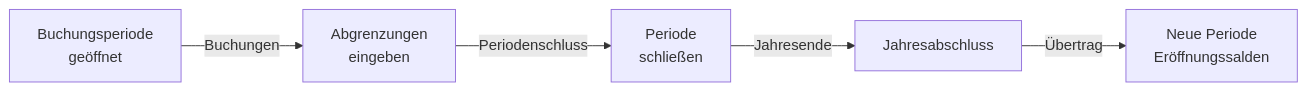
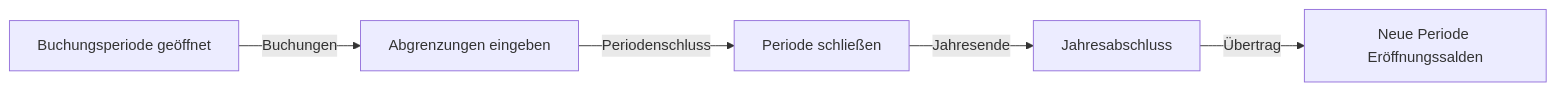
The first of 6 diagrams in Microsoft 365/Dynamics 365/Dynamics 365 Finance.md (SoniiiT/notes-n-docs), drawn with Mermaid before and after one commit. The commit also changed other lines of this file and 124 other files, not shown here.

First line of the commit message:
fix: Entferne \n aus allen Mermaid-Diagrammen (125 Dateien)

````diff
--- a/Microsoft 365/Dynamics 365/Dynamics 365 Finance.md
+++ b/Microsoft 365/Dynamics 365/Dynamics 365 Finance.md
@@ -64,7 +64,7 @@
 ```mermaid
 graph LR
-    OP[Buchungsperiode\ngeöffnet] -->|Buchungen| REC[Abgrenzungen\neingeben]
-    REC -->|Periodenschluss| CLO[Periode\nschließen]
+    OP[Buchungsperiode geöffnet] -->|Buchungen| REC[Abgrenzungen eingeben]
+    REC -->|Periodenschluss| CLO[Periode schließen]
     CLO -->|Jahresende| YE[Jahresabschluss]
-    YE -->|Übertrag| NY[Neue Periode\nEröffnungssalden]
+    YE -->|Übertrag| NY[Neue Periode Eröffnungssalden]
 ```
````
